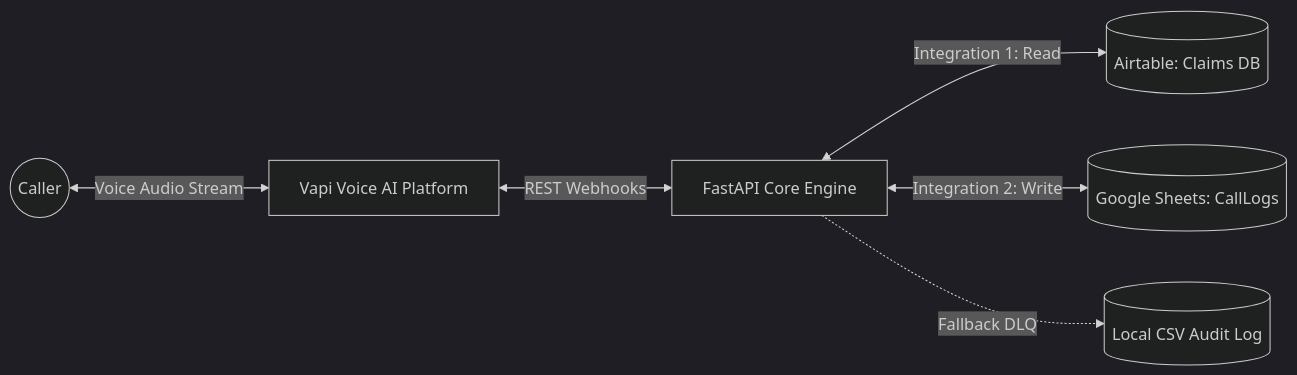
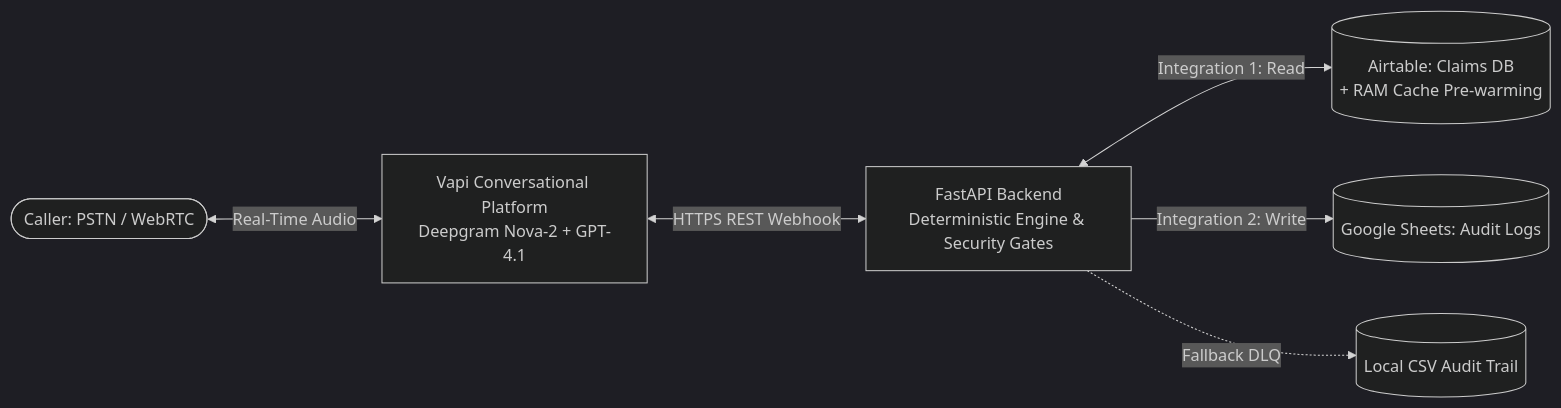
Before and after one commit to uds822/voice-ai-claims-assistant: the first of 4 diagrams in SYSTEM_DESIGN_AND_INTERVIEW_GUIDE.md, drawn with Mermaid (dark theme). The commit also changed other lines of this file and 1 other file, not shown here.

Commit message:
docs: expand system design, state machines, production architecture, and interview defense

````diff
--- a/SYSTEM_DESIGN_AND_INTERVIEW_GUIDE.md
+++ b/SYSTEM_DESIGN_AND_INTERVIEW_GUIDE.md
@@ -13,8 +40,8 @@
 ```mermaid
 flowchart LR
-    Caller((Caller)) <-->|Voice Audio Stream| Vapi[Vapi Voice AI Platform]
-    Vapi <-->|REST Webhooks| Backend[FastAPI Core Engine]
-    Backend <-->|Integration 1: Read| Airtable[(Airtable: Claims DB)]
-    Backend <-->|Integration 2: Write| Sheets[(Google Sheets: CallLogs)]
-    Backend -.->|Fallback DLQ| LocalCSV[(Local CSV Audit Log)]
+    Caller([Caller: PSTN / WebRTC]) <-->|Real-Time Audio| Vapi[Vapi Conversational Platform\nDeepgram Nova-2 + GPT-4.1]
+    Vapi <-->|HTTPS REST Webhook| FastAPI[FastAPI Backend\nDeterministic Engine & Security Gates]
+    FastAPI <-->|Integration 1: Read| Airtable[(Airtable: Claims DB\n+ RAM Cache Pre-warming)]
+    FastAPI -->|Integration 2: Write| Sheets[(Google Sheets: Audit Logs)]
+    FastAPI -.->|Fallback DLQ| LocalCSV[(Local CSV Audit Trail)]
 ```
````
